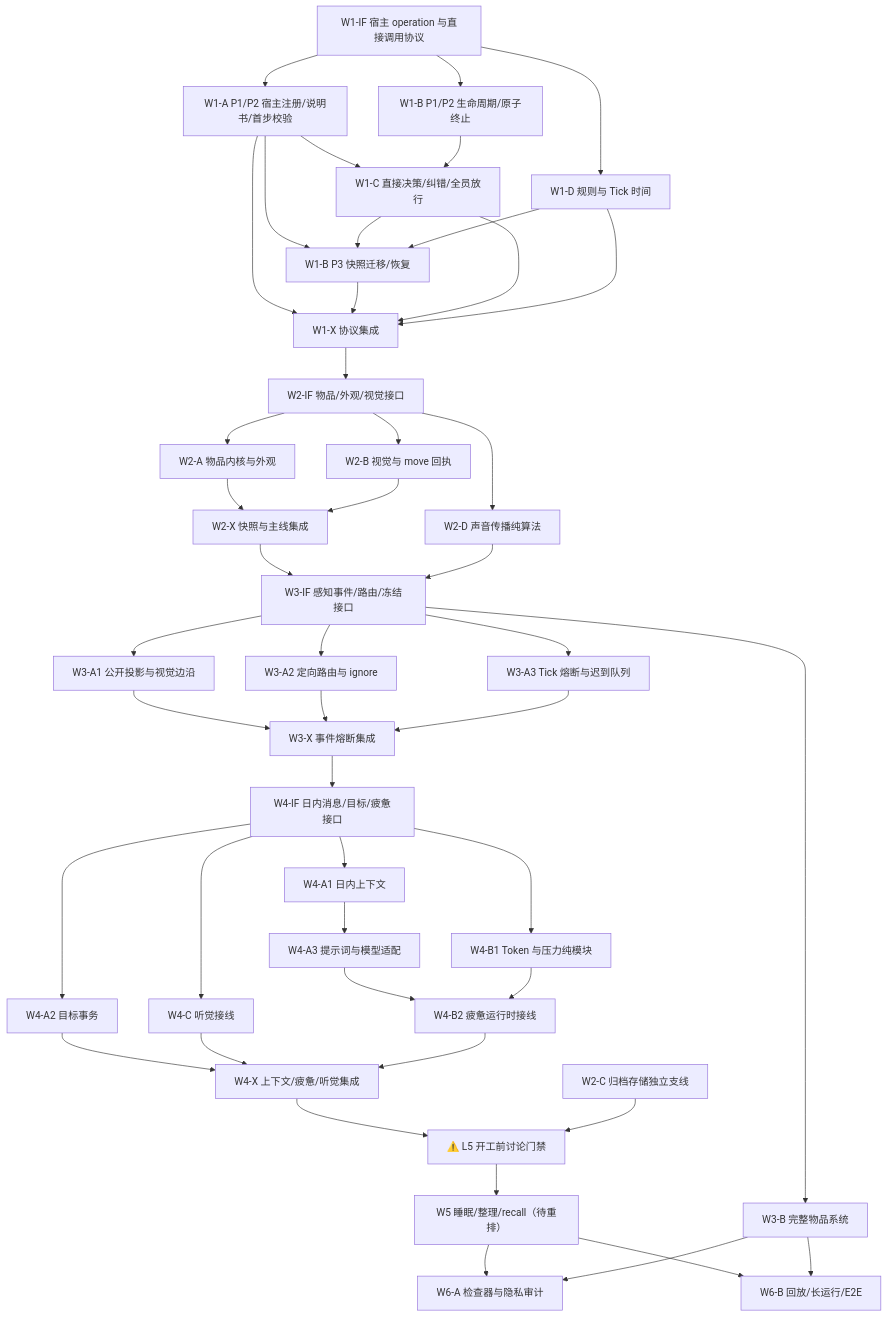
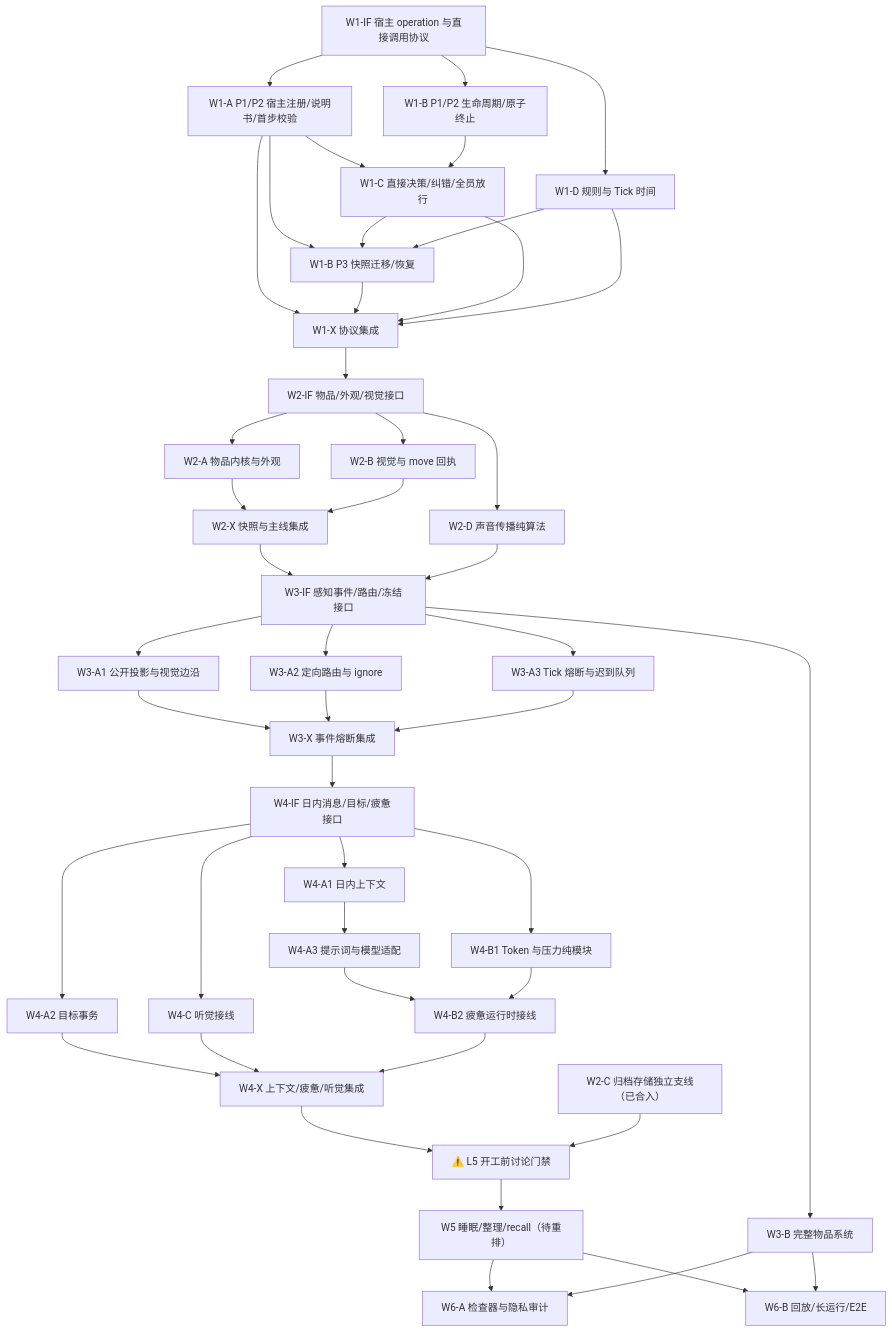
One commit to mitao-su/GodSimulation changed the diagram in docs/architecture/character-context-parallel-waves.md. Above: the diagram before and after it, drawn with Mermaid. The commit also changed other lines of this file and 1 other file, not shown here.

````diff
--- a/docs/architecture/character-context-parallel-waves.md
+++ b/docs/architecture/character-context-parallel-waves.md
@@ -63,53 +63,53 @@
 ```mermaid
 flowchart TB
   W1IF["W1-IF 宿主 operation 与直接调用协议"] --> W1A["W1-A P1/P2 宿主注册/说明书/首步校验"]
   W1IF --> W1B12["W1-B P1/P2 生命周期/原子终止"]
   W1IF --> W1D["W1-D 规则与 Tick 时间"]
-  W2C["W2-C 归档存储独立支线"]
+  W2C["W2-C 归档存储独立支线（已合入）"]
   W1A --> W1C["W1-C 直接决策/纠错/全员放行"]
   W1B12 --> W1C
   W1A --> W1B3["W1-B P3 快照迁移/恢复"]
   W1C --> W1B3
   W1D --> W1B3
   W1A --> W1X["W1-X 协议集成"]
   W1B3 --> W1X
   W1C --> W1X
   W1D --> W1X
 
   W1X --> W2IF["W2-IF 物品/外观/视觉接口"]
   W2IF --> W2A["W2-A 物品内核与外观"]
   W2IF --> W2B["W2-B 视觉与 move 回执"]
   W2IF --> W2D["W2-D 声音传播纯算法"]
   W2A --> W2X["W2-X 快照与主线集成"]
   W2B --> W2X
 
   W2X --> W3IF["W3-IF 感知事件/路由/冻结接口"]
   W2D --> W3IF
   W3IF --> W3A1["W3-A1 公开投影与视觉边沿"]
   W3IF --> W3A2["W3-A2 定向路由与 ignore"]
   W3IF --> W3A3["W3-A3 Tick 熔断与迟到队列"]
   W3IF --> W3B["W3-B 完整物品系统"]
   W3A1 --> W3X["W3-X 事件熔断集成"]
   W3A2 --> W3X
   W3A3 --> W3X
 
   W3X --> W4IF["W4-IF 日内消息/目标/疲惫接口"]
   W4IF --> W4A1["W4-A1 日内上下文"]
   W4IF --> W4A2["W4-A2 目标事务"]
   W4IF --> W4B1["W4-B1 Token 与压力纯模块"]
   W4IF --> W4C["W4-C 听觉接线"]
   W4A1 --> W4A3["W4-A3 提示词与模型适配"]
   W4A3 --> W4B2["W4-B2 疲惫运行时接线"]
   W4B1 --> W4B2
   W4A2 --> W4X["W4-X 上下文/疲惫/听觉集成"]
   W4C --> W4X
   W4B2 --> W4X
 
   W4X --> L5GATE["⚠️ L5 开工前讨论门禁"]
   W2C --> L5GATE
   L5GATE --> W5["W5 睡眠/整理/recall（待重排）"]
   W5 --> W6A["W6-A 检查器与隐私审计"]
   W5 --> W6B["W6-B 回放/长运行/E2E"]
   W3B --> W6A
   W3B --> W6B
 ```
````
